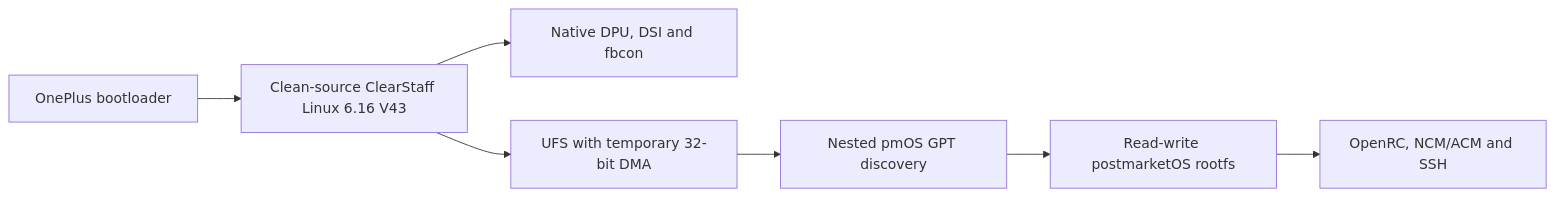
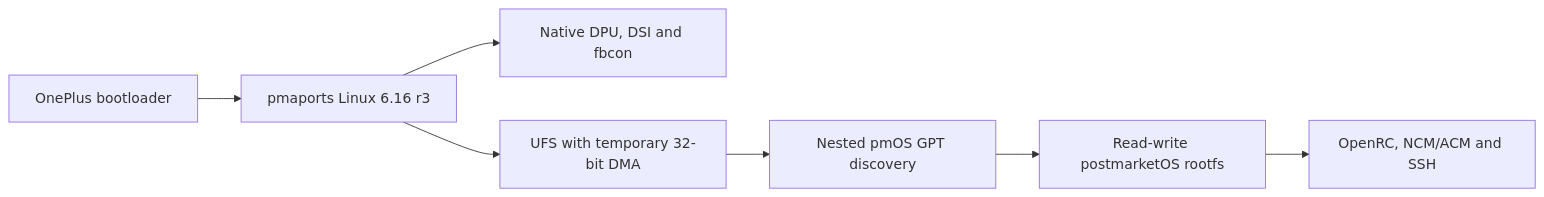
The diagram in README.md (Sr-0w/hotdog-linux-bringup), drawn with Mermaid before and after one commit. The commit also changed other lines of this file and 4 other files, not shown here.

````diff
--- a/README.md
+++ b/README.md
@@ -115,9 +118,9 @@
 ```mermaid
 flowchart LR
-    A["OnePlus bootloader"] --> B["Clean-source ClearStaff Linux 6.16 V43"]
+    A["OnePlus bootloader"] --> B["pmaports Linux 6.16 r3"]
     B --> C["Native DPU, DSI and fbcon"]
     B --> D["UFS with temporary 32-bit DMA"]
     D --> E["Nested pmOS GPT discovery"]
     E --> F["Read-write postmarketOS rootfs"]
     F --> G["OpenRC, NCM/ACM and SSH"]
 ```
````
